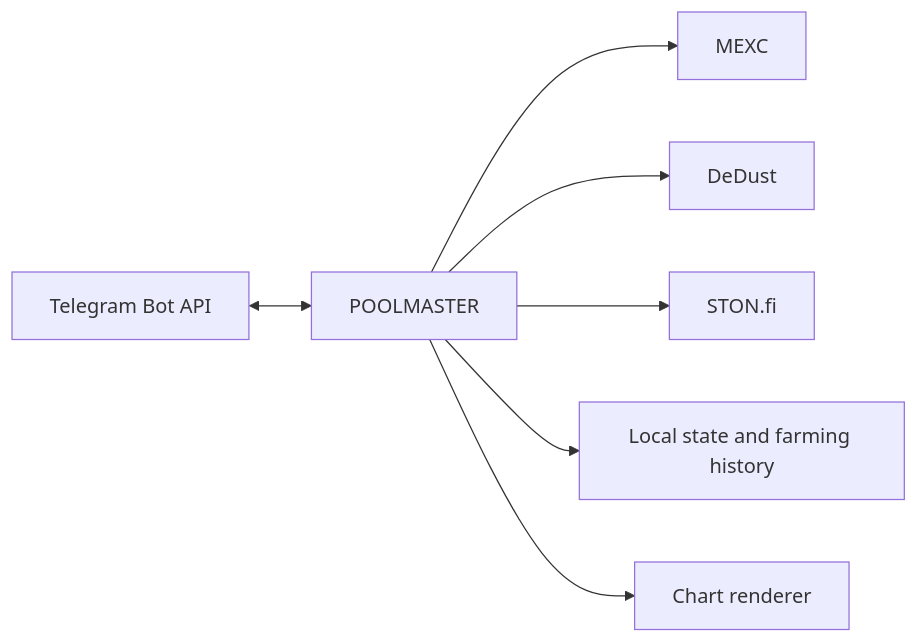
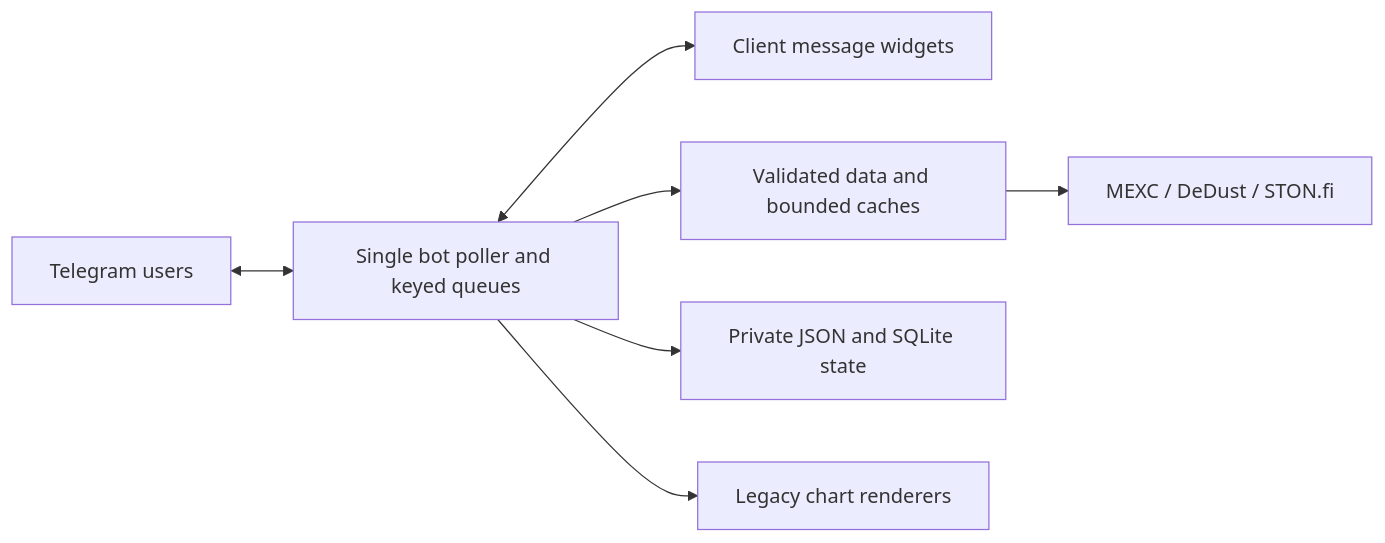
Before and after one commit to DrKarpov/poolmaster-tg: the diagram in README.md, drawn with Mermaid. The commit also changed other lines of this file and 80 other files, not shown here.

````diff
--- a/README.md
+++ b/README.md
@@ -39,9 +48,9 @@
 ```mermaid
 flowchart LR
-    TG[Telegram Bot API] <--> PM[POOLMASTER]
-    PM --> M[MEXC]
-    PM --> D[DeDust]
-    PM --> S[STON.fi]
-    PM --> ST[Local state and farming history]
-    PM --> CR[Chart renderer]
+    TG[Telegram users] <--> BOT[Single bot poller and keyed queues]
+    BOT <--> W[Client message widgets]
+    BOT --> SNAP[Validated data and bounded caches]
+    SNAP --> API[MEXC / DeDust / STON.fi]
+    BOT --> STATE[Private JSON and SQLite state]
+    BOT --> PNG[Legacy chart renderers]
 ```
````
